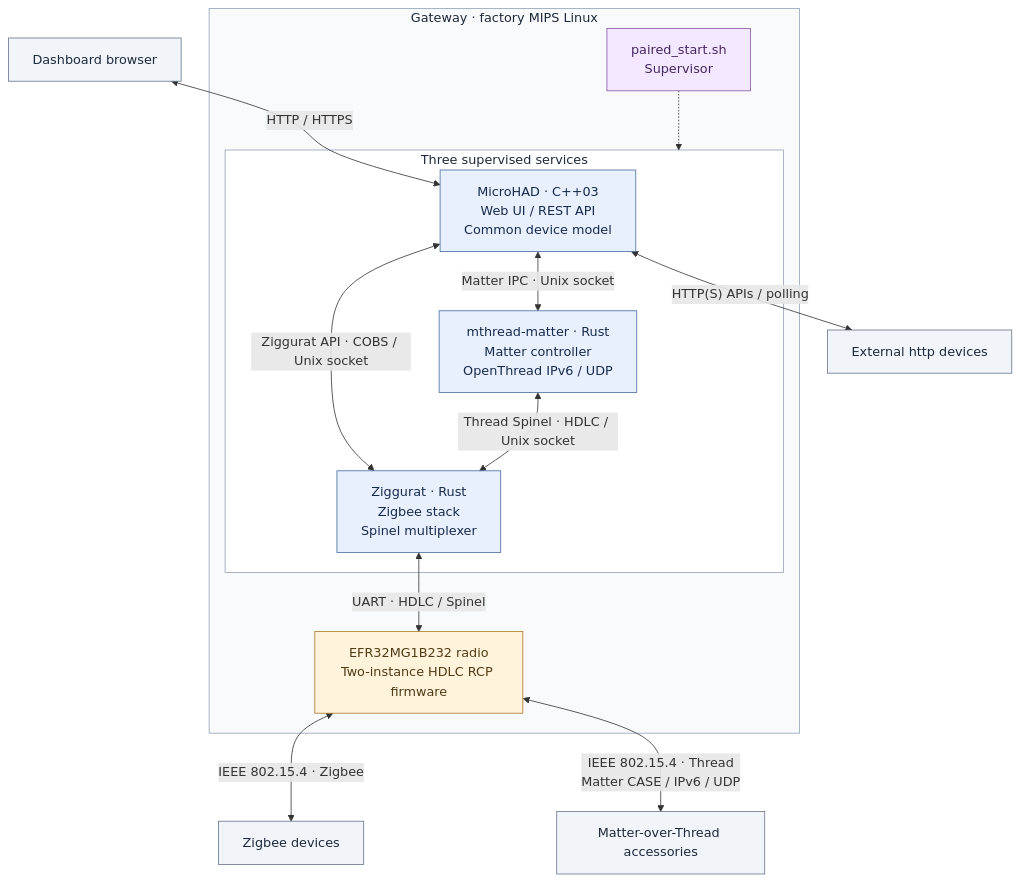
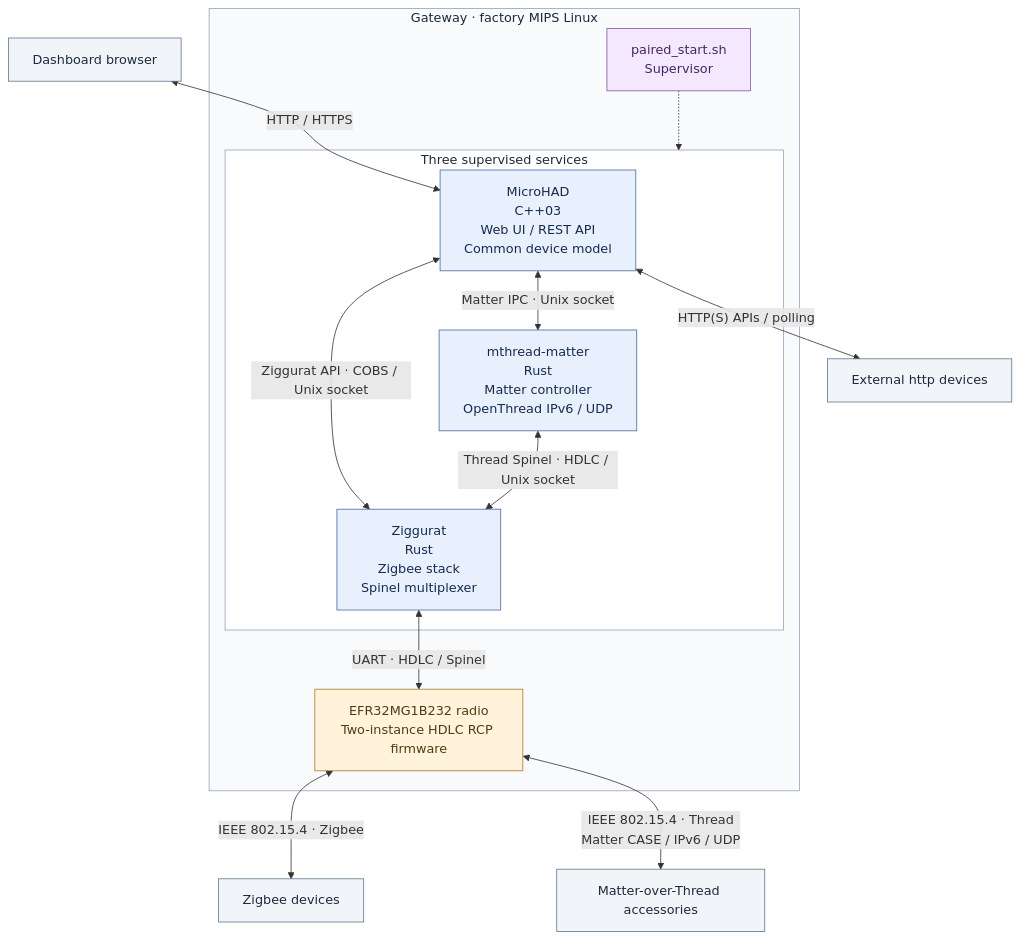
The first of 2 diagrams in readme.md (ChristophKaser/microhad), drawn with Mermaid before and after one commit.

Commit message:
Fix formatting in service descriptions in README

````diff
--- a/readme.md
+++ b/readme.md
@@ -89,38 +89,38 @@
 ```mermaid
 flowchart TB
     browser["Dashboard browser"]
     httpDevices["External http devices"]
 
     subgraph gateway["Gateway · factory MIPS Linux"]
         supervisor["paired_start.sh<br/>Supervisor"]
         subgraph services["Three supervised services"]
-            native["MicroHAD · C++03<br/>Web UI / REST API<br/>Common device model"]
-            matter["mthread-matter · Rust<br/>Matter controller<br/>OpenThread IPv6 / UDP"]
-            ziggurat["Ziggurat · Rust<br/>Zigbee stack<br/>Spinel multiplexer"]
+            native["MicroHAD <br/> C++03<br/>Web UI / REST API<br/>Common device model"]
+            matter["mthread-matter <br/> Rust<br/>Matter controller<br/>OpenThread IPv6 / UDP"]
+            ziggurat["Ziggurat <br/> Rust<br/>Zigbee stack<br/>Spinel multiplexer"]
             native <-->|"Matter IPC · Unix socket"| matter
             native <-->|"Ziggurat API · COBS / Unix socket"| ziggurat
             matter <-->|"Thread Spinel · HDLC / Unix socket"| ziggurat
         end
         radio["EFR32MG1B232 radio<br/>Two-instance HDLC RCP firmware"]
         supervisor -.-> services
         ziggurat <-->|"UART · HDLC / Spinel"| radio
     end
 
     zigbeeDevices["Zigbee devices"]
     matterDevices["Matter-over-Thread accessories"]
     browser <-->|"HTTP / HTTPS"| native
     native <-->|"HTTP(S) APIs / polling"| httpDevices
     radio <-->|"IEEE 802.15.4 · Zigbee"| zigbeeDevices
     radio <-->|"IEEE 802.15.4 · Thread<br/>Matter CASE / IPv6 / UDP"| matterDevices
 
     classDef service fill:#e8f0fe,stroke:#476a9e,color:#172b4d
     classDef hardware fill:#fff3dc,stroke:#a97928,color:#513b15
     classDef endpoint fill:#f1f5f9,stroke:#64748b,color:#1e293b
     classDef manager fill:#f3e8ff,stroke:#8655a3,color:#462661
     class native,matter,ziggurat service
     class radio hardware
     class browser,httpDevices,zigbeeDevices,matterDevices endpoint
     class supervisor manager
     style gateway fill:#f8fafc,stroke:#94a3b8,color:#1e293b
     style services fill:#ffffff,stroke:#94a3b8,color:#1e293b
 ```
````
